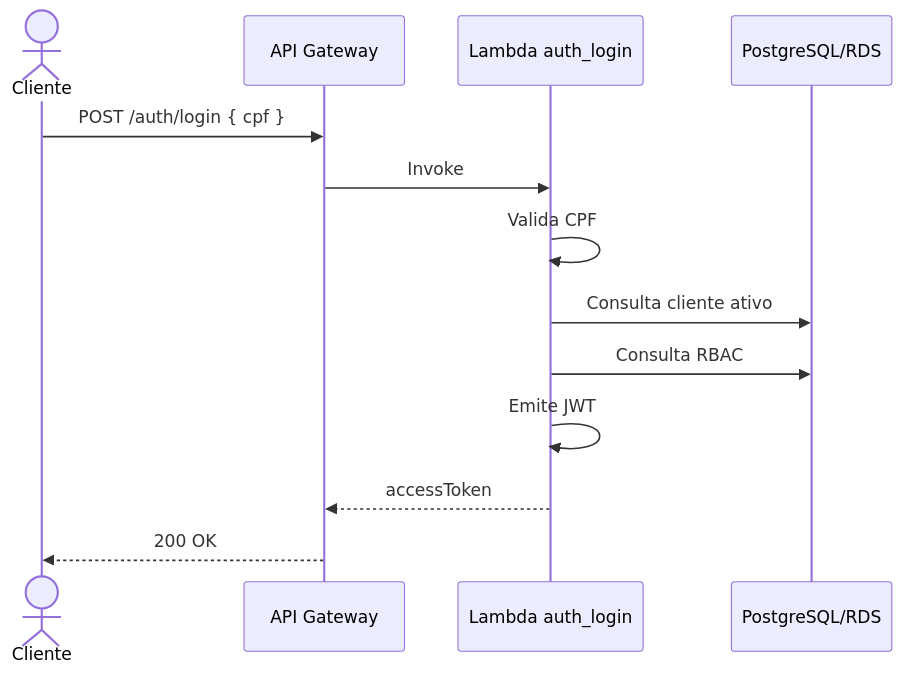
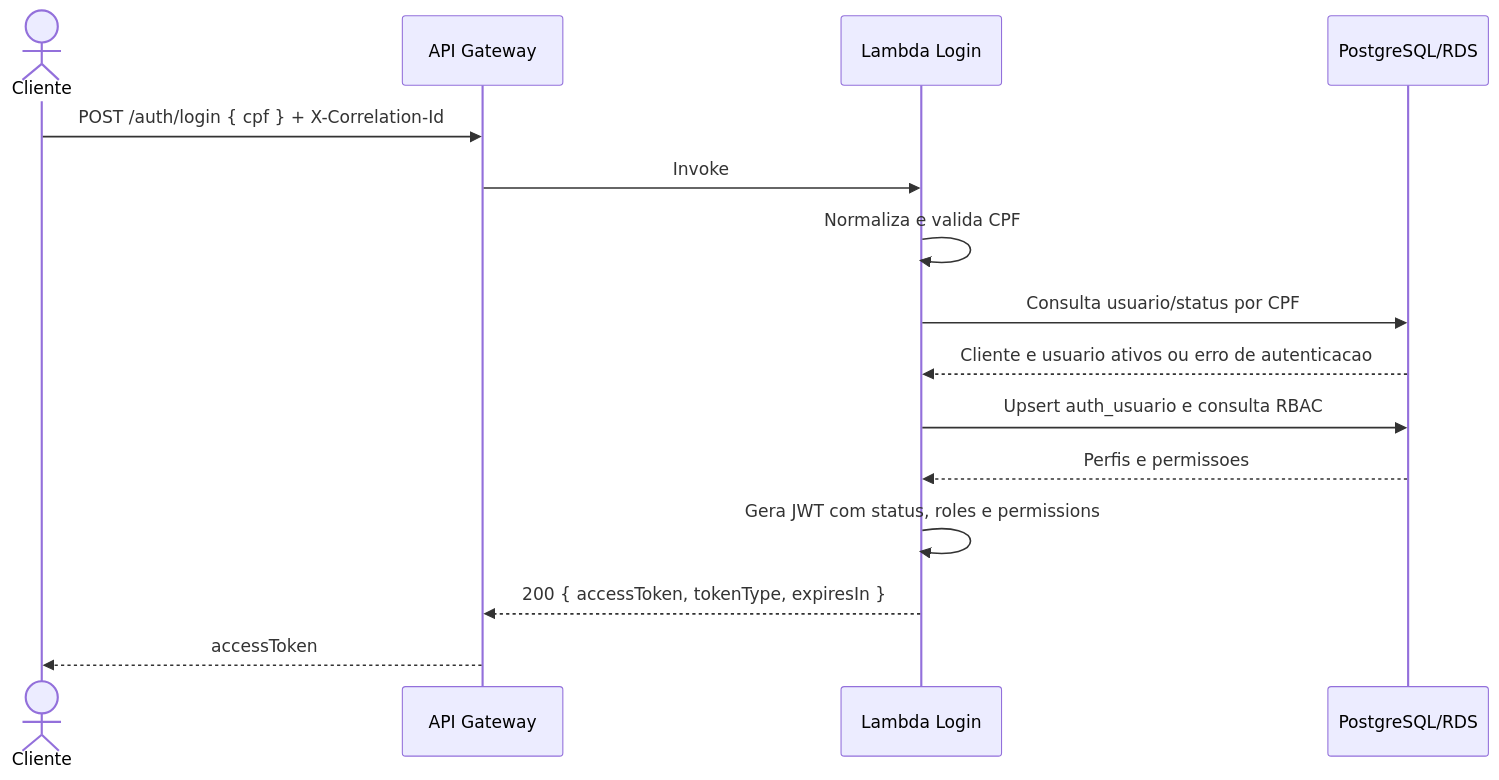
One commit to PosTech15SOAT/numberone-app-auth changed the first of 2 diagrams in docs/diagrams/auth-flow.md. Above: the diagram before and after it, drawn with Mermaid. The commit also changed other lines of this file and 6 other files, not shown here.

````diff
--- a/docs/diagrams/auth-flow.md
+++ b/docs/diagrams/auth-flow.md
@@ -5,16 +8,18 @@
 ```mermaid
 sequenceDiagram
     actor Cliente
     participant APIGW as API Gateway
-    participant Login as Lambda auth_login
+    participant Login as Lambda Login
     participant DB as PostgreSQL/RDS
 
-    Cliente->>APIGW: POST /auth/login { cpf }
+    Cliente->>APIGW: POST /auth/login { cpf } + X-Correlation-Id
     APIGW->>Login: Invoke
-    Login->>Login: Valida CPF
-    Login->>DB: Consulta cliente ativo
-    Login->>DB: Consulta RBAC
-    Login->>Login: Emite JWT
-    Login-->>APIGW: accessToken
-    APIGW-->>Cliente: 200 OK
+    Login->>Login: Normaliza e valida CPF
+    Login->>DB: Consulta usuario/status por CPF
+    DB-->>Login: Cliente e usuario ativos ou erro de autenticacao
+    Login->>DB: Upsert auth_usuario e consulta RBAC
+    DB-->>Login: Perfis e permissoes
+    Login->>Login: Gera JWT com status, roles e permissions
+    Login-->>APIGW: 200 { accessToken, tokenType, expiresIn }
+    APIGW-->>Cliente: accessToken
 ```
````
